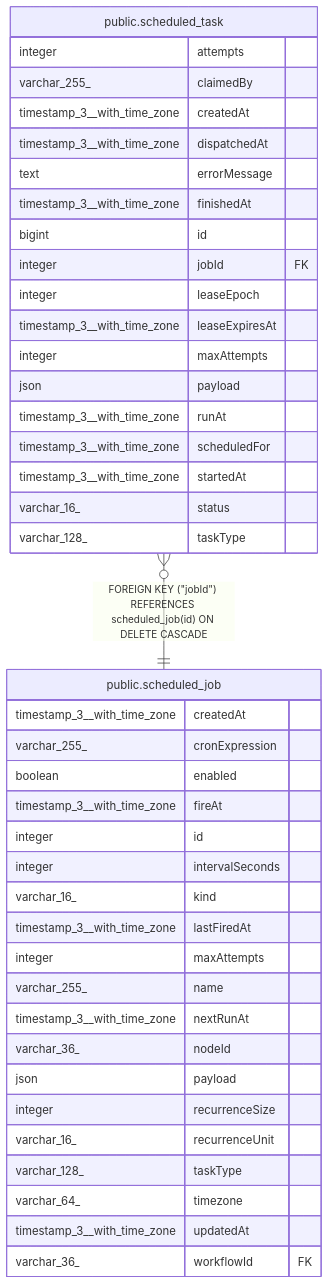
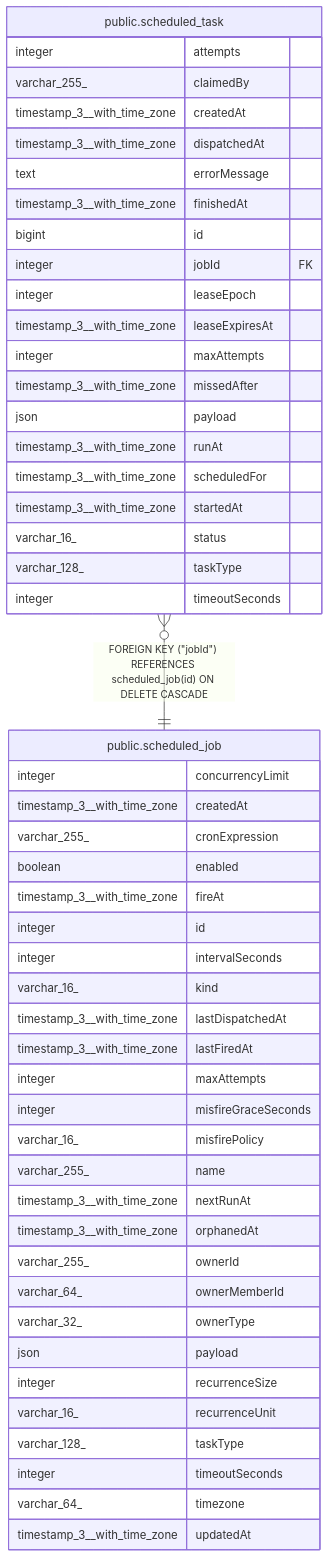
Before and after one commit to koreatest12/studys: the diagram in n8n_integration/n8n_source/docs/generated/postgres-schema/public.scheduled_task.md, drawn with Mermaid. The commit also changed other lines of this file and 23019 other files, not shown here.

````diff
--- a/n8n_integration/n8n_source/docs/generated/postgres-schema/public.scheduled_task.md
+++ b/n8n_integration/n8n_source/docs/generated/postgres-schema/public.scheduled_task.md
@@ -57,46 +62,55 @@
 ```mermaid
 erDiagram
 
 "public.scheduled_task" }o--|| "public.scheduled_job" : "FOREIGN KEY (#quot;jobId#quot;) REFERENCES scheduled_job(id) ON DELETE CASCADE"
 
 "public.scheduled_task" {
   integer attempts
   varchar_255_ claimedBy
   timestamp_3__with_time_zone createdAt
   timestamp_3__with_time_zone dispatchedAt
   text errorMessage
   timestamp_3__with_time_zone finishedAt
   bigint id
   integer jobId FK
   integer leaseEpoch
   timestamp_3__with_time_zone leaseExpiresAt
   integer maxAttempts
+  timestamp_3__with_time_zone missedAfter
   json payload
   timestamp_3__with_time_zone runAt
   timestamp_3__with_time_zone scheduledFor
   timestamp_3__with_time_zone startedAt
   varchar_16_ status
   varchar_128_ taskType
+  integer timeoutSeconds
 }
 "public.scheduled_job" {
+  integer concurrencyLimit
   timestamp_3__with_time_zone createdAt
   varchar_255_ cronExpression
   boolean enabled
   timestamp_3__with_time_zone fireAt
   integer id
   integer intervalSeconds
   varchar_16_ kind
+  timestamp_3__with_time_zone lastDispatchedAt
   timestamp_3__with_time_zone lastFiredAt
   integer maxAttempts
+  integer misfireGraceSeconds
+  varchar_16_ misfirePolicy
   varchar_255_ name
   timestamp_3__with_time_zone nextRunAt
-  varchar_36_ nodeId
+  timestamp_3__with_time_zone orphanedAt
+  varchar_255_ ownerId
+  varchar_64_ ownerMemberId
+  varchar_32_ ownerType
   json payload
   integer recurrenceSize
   varchar_16_ recurrenceUnit
   varchar_128_ taskType
+  integer timeoutSeconds
   varchar_64_ timezone
   timestamp_3__with_time_zone updatedAt
-  varchar_36_ workflowId FK
 }
 ```
````
